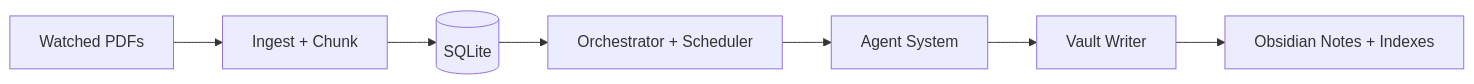
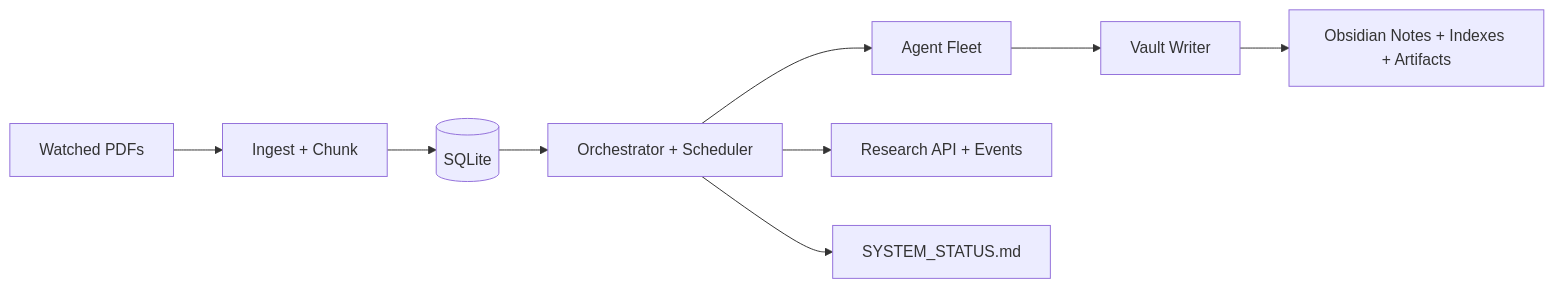
Before and after one commit to Rah-Rah-Mitra/Information-Lab: the diagram in README.md, drawn with Mermaid. The commit also changed other lines of this file and 3 other files, not shown here.

````diff
--- a/README.md
+++ b/README.md
@@ -23,9 +57,11 @@
 ```mermaid
 flowchart LR
     PDF[Watched PDFs] --> INGEST[Ingest + Chunk]
     INGEST --> DB[(SQLite)]
     DB --> ORCH[Orchestrator + Scheduler]
-    ORCH --> AGENTS[Agent System]
+    ORCH --> AGENTS[Agent Fleet]
     AGENTS --> VAULT[Vault Writer]
-    VAULT --> OBS[Obsidian Notes + Indexes]
+    VAULT --> OBS[Obsidian Notes + Indexes + Artifacts]
+    ORCH --> API[Research API + Events]
+    ORCH --> STATUS[SYSTEM_STATUS.md]
 ```
````
